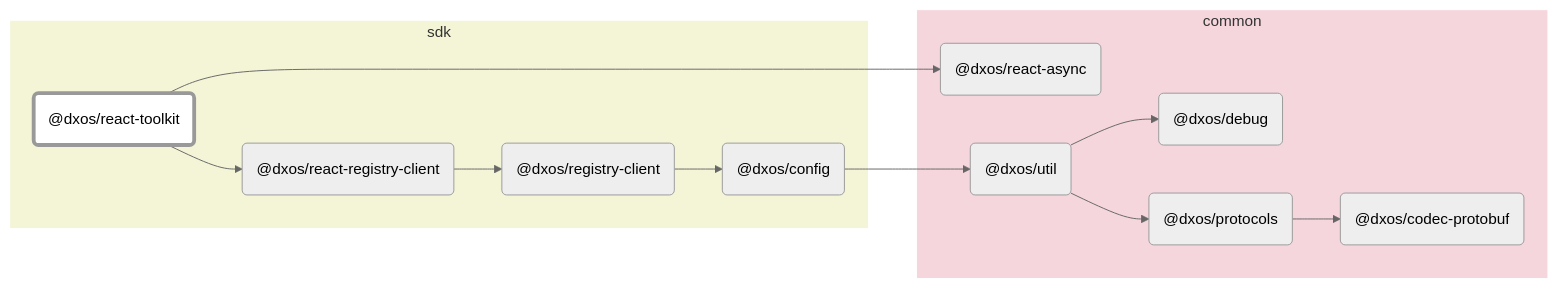
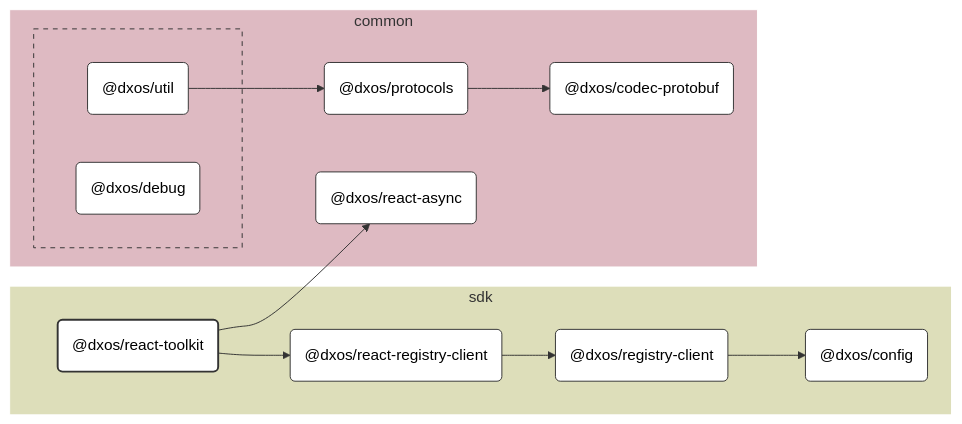
Before and after one commit to dxos/dxos: the diagram in packages/sdk/react-toolkit/docs/README.md, drawn with Mermaid (neutral theme). The commit also changed 100 other files, not shown here.

````diff
--- a/packages/sdk/react-toolkit/docs/README.md
+++ b/packages/sdk/react-toolkit/docs/README.md
@@ -7,40 +7,65 @@
 ```mermaid
-flowchart LR;
+%%{ init: {'flowchart':{'curve':'basis'}} }%%
 
-style dxos/react-toolkit fill:#fff,stroke-width:4px;
+flowchart LR
 
-click dxos/debug "https:/github.com/dxos/dxos/tree/main/packages/common/debug/docs";
-click dxos/protocols "https:/github.com/dxos/dxos/tree/main/packages/common/protocols/docs";
-click dxos/codec-protobuf "https:/github.com/dxos/dxos/tree/main/packages/common/codec-protobuf/docs";
-click dxos/react-async "https:/github.com/dxos/dxos/tree/main/packages/common/react-async/docs";
-click dxos/react-registry-client "https:/github.com/dxos/dxos/tree/main/packages/sdk/react-registry-client/docs";
-click dxos/config "https:/github.com/dxos/dxos/tree/main/packages/sdk/config/docs";
-click dxos/registry-client "https:/github.com/dxos/dxos/tree/main/packages/sdk/registry-client/docs";
-click dxos/util "https:/github.com/dxos/dxos/tree/main/packages/common/util/docs";
+%% Links
+dxos/protocols --> dxos/codec-protobuf;
+dxos/react-registry-client --> dxos/registry-client;
+dxos/react-toolkit --> dxos/react-async;
+dxos/react-toolkit --> dxos/react-registry-client;
+dxos/registry-client --> dxos/config;
+dxos/util --> dxos/protocols;
 
+%% Sections
 subgraph sdk
-  style sdk fill:#f4f5d6,stroke:#fff;
-  dxos/react-toolkit("@dxos/react-toolkit");
-  dxos/react-registry-client("@dxos/react-registry-client");
-  dxos/config("@dxos/config");
-  dxos/registry-client("@dxos/registry-client");
+  style sdk fill:#dddeba,stroke:#fff;
+
+  dxos/config("@dxos/config")
+  dxos/react-registry-client("@dxos/react-registry-client")
+  dxos/react-toolkit("@dxos/react-toolkit")
+  dxos/registry-client("@dxos/registry-client")
 end
 
 subgraph common
-  style common fill:#f5d6dd,stroke:#fff;
-  dxos/debug("@dxos/debug");
-  dxos/protocols("@dxos/protocols");
-  dxos/codec-protobuf("@dxos/codec-protobuf");
-  dxos/react-async("@dxos/react-async");
-  dxos/util("@dxos/util");
+  style common fill:#debac2,stroke:#fff;
+
+  dxos/codec-protobuf("@dxos/codec-protobuf")
+  dxos/protocols("@dxos/protocols")
+  dxos/react-async("@dxos/react-async")
+
+  subgraph common-excluded [ ]
+    style common-excluded fill:#debac2,stroke:#333,stroke-dasharray:5 5;
+
+    dxos/debug("@dxos/debug")
+    dxos/util("@dxos/util")
+  end
 end
 
-dxos/protocols --> dxos/codec-protobuf;
-dxos/react-toolkit --> dxos/react-async;
-dxos/react-toolkit --> dxos/react-registry-client;
-dxos/config --> dxos/util;
-dxos/util --> dxos/debug;
-dxos/util --> dxos/protocols;
-dxos/react-registry-client --> dxos/registry-client;
-dxos/registry-client --> dxos/config;
+
+%% Hyperlinks
+click dxos/codec-protobuf href "https:/github.com/dxos/dxos/tree/main/packages/common/codec-protobuf/docs";
+click dxos/config href "https:/github.com/dxos/dxos/tree/main/packages/sdk/config/docs";
+click dxos/debug href "https:/github.com/dxos/dxos/tree/main/packages/common/debug/docs";
+click dxos/protocols href "https:/github.com/dxos/dxos/tree/main/packages/common/protocols/docs";
+click dxos/react-async href "https:/github.com/dxos/dxos/tree/main/packages/common/react-async/docs";
+click dxos/react-registry-client href "https:/github.com/dxos/dxos/tree/main/packages/sdk/react-registry-client/docs";
+click dxos/registry-client href "https:/github.com/dxos/dxos/tree/main/packages/sdk/registry-client/docs";
+click dxos/util href "https:/github.com/dxos/dxos/tree/main/packages/common/util/docs";
+
+%% Styles
+classDef rootNode fill:#fff,stroke:#333,stroke-width:2px
+classDef defaultNode fill:#fff,stroke:#333,stroke-width:1px
+linkStyle default stroke:#333,stroke-width:1px
+
+dxos/react-toolkit:::rootNode
+
+dxos/codec-protobuf:::defaultNode
+dxos/config:::defaultNode
+dxos/debug:::defaultNode
+dxos/protocols:::defaultNode
+dxos/react-async:::defaultNode
+dxos/react-registry-client:::defaultNode
+dxos/registry-client:::defaultNode
+dxos/util:::defaultNode
 ```
````
